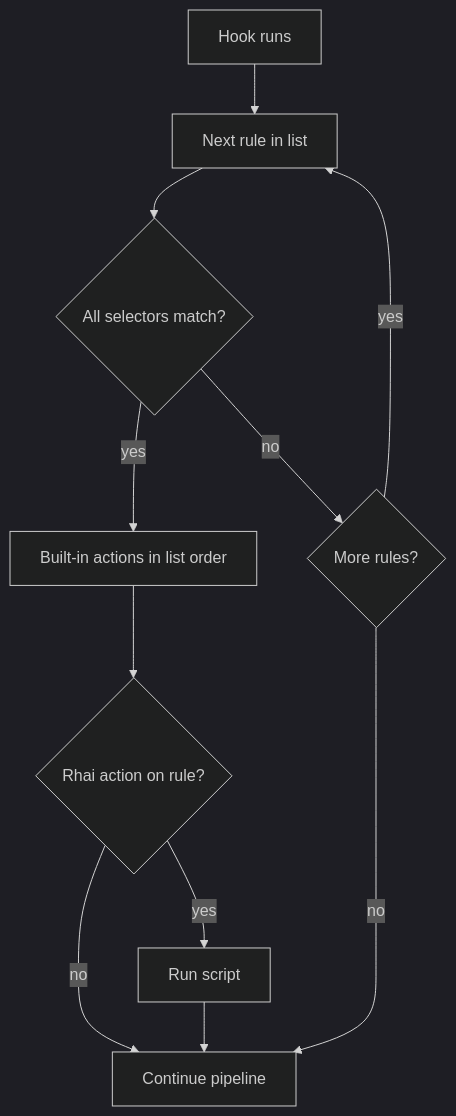
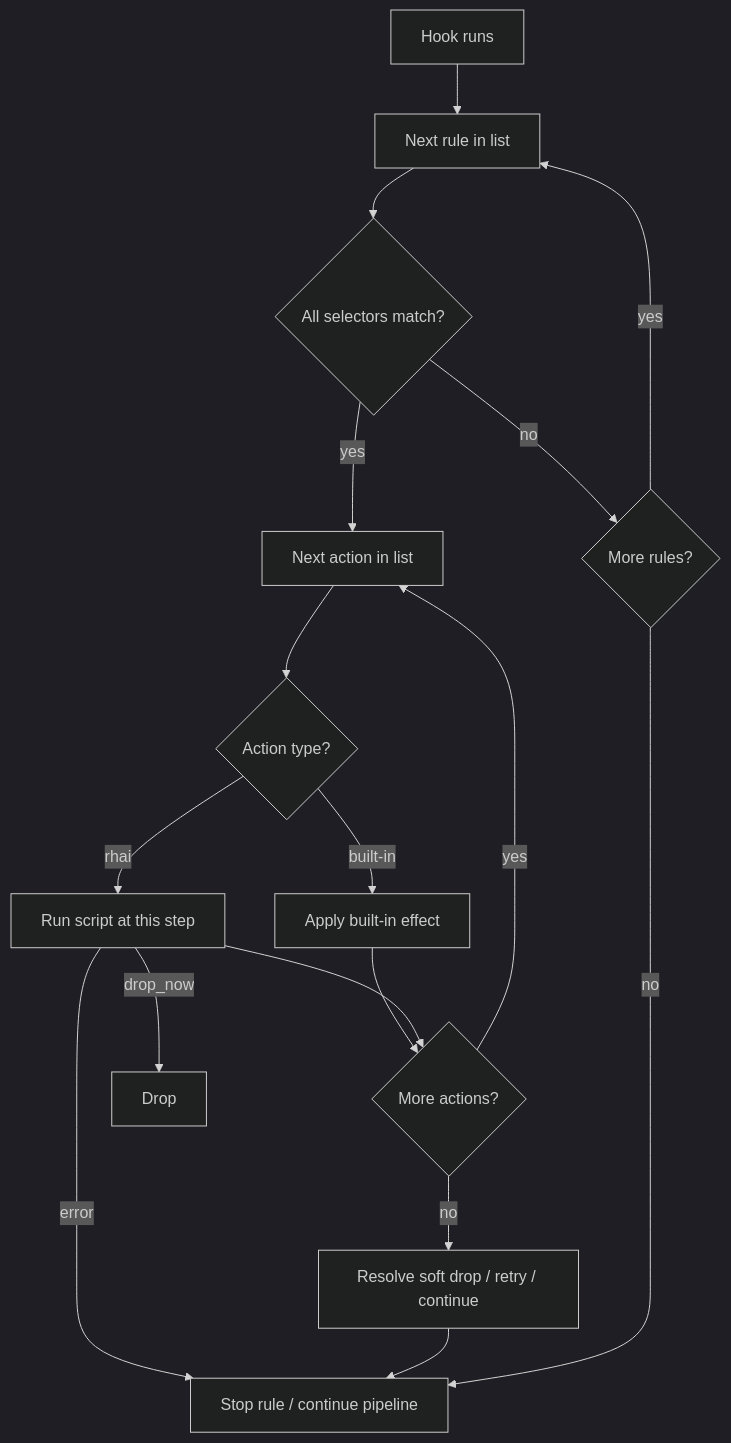
One commit to egon1024/DNSConduit changed the diagram in operator-docs/docs/policy-routing/rules-and-actions.md. Above: the diagram before and after it, drawn with Mermaid (dark theme). The commit also changed other lines of this file and 32 other files, not shown here.

````diff
--- a/operator-docs/docs/policy-routing/rules-and-actions.md
+++ b/operator-docs/docs/policy-routing/rules-and-actions.md
@@ -54,13 +54,19 @@
 ```mermaid
 flowchart TD
   Start[Hook runs] --> Walk[Next rule in list]
   Walk --> Match{All selectors match?}
-  Match -->|yes| Actions[Built-in actions in list order]
-  Actions --> Rhai{Rhai action on rule?}
-  Rhai -->|yes| Script[Run script]
-  Rhai -->|no| Done[Continue pipeline]
-  Script --> Done
-  Match -->|no| More{More rules?}
-  More -->|yes| Walk
-  More -->|no| Done
+  Match -->|yes| Next[Next action in list]
+  Next --> Kind{Action type?}
+  Kind -->|built-in| Builtin[Apply built-in effect]
+  Kind -->|rhai| Script[Run script at this step]
+  Builtin --> MoreActions{More actions?}
+  Script -->|error| Done[Stop rule / continue pipeline]
+  Script -->|drop_now| DropNode[Drop]
+  Script --> MoreActions
+  MoreActions -->|yes| Next
+  MoreActions -->|no| Resolve[Resolve soft drop / retry / continue]
+  Resolve --> Done
+  Match -->|no| MoreRules{More rules?}
+  MoreRules -->|yes| Walk
+  MoreRules -->|no| Done
 ```
````
